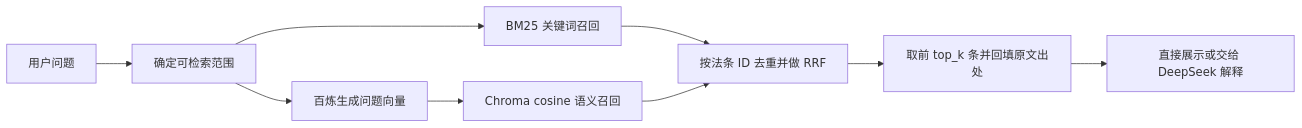
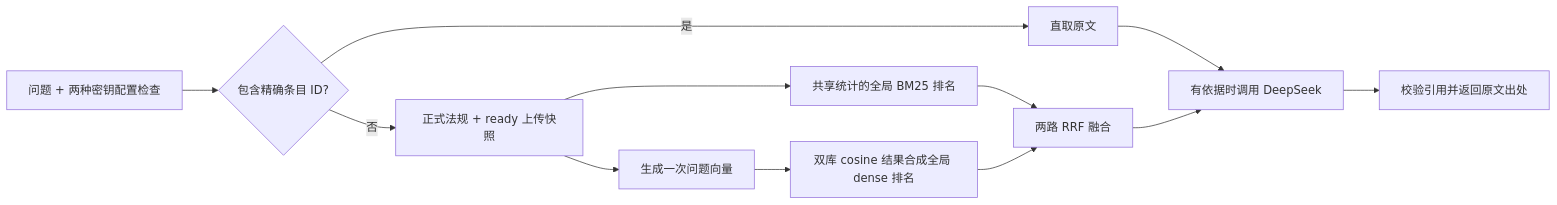
Before and after one commit to bathroomking/hubei-transport-law-assistant: the diagram in docs/hybrid-retrieval.md, drawn with Mermaid. The commit also changed other lines of this file and 29 other files, not shown here.

````diff
--- a/docs/hybrid-retrieval.md
+++ b/docs/hybrid-retrieval.md
@@ -7,11 +7,14 @@
 ```mermaid
 flowchart LR
-  Q[用户问题] --> S[确定可检索范围]
-  S --> B[BM25 关键词召回]
-  S --> E[百炼生成问题向量]
-  E --> D[Chroma cosine 语义召回]
-  B --> R[按法条 ID 去重并做 RRF]
+  Q[问题 + 两种密钥配置检查] --> X{包含精确条目 ID?}
+  X -- 是 --> I[直取原文]
+  X -- 否 --> C[正式法规 + ready 上传快照]
+  C --> B[共享统计的全局 BM25 排名]
+  C --> E[生成一次问题向量]
+  E --> D[双库 cosine 结果合成全局 dense 排名]
+  B --> R[两路 RRF 融合]
   D --> R
-  R --> T[取前 top_k 条并回填原文出处]
-  T --> A[直接展示或交给 DeepSeek 解释]
+  I --> A[有依据时调用 DeepSeek]
+  R --> A
+  A --> V[校验引用并返回原文出处]
 ```
````
